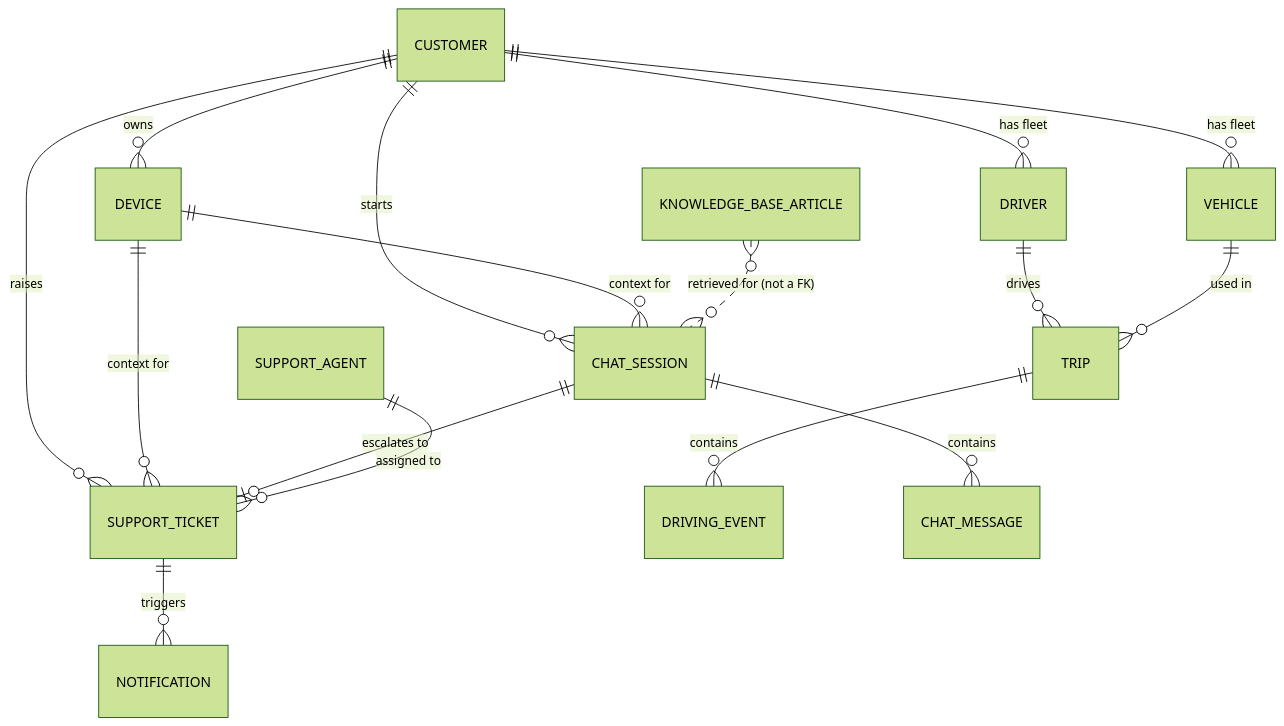
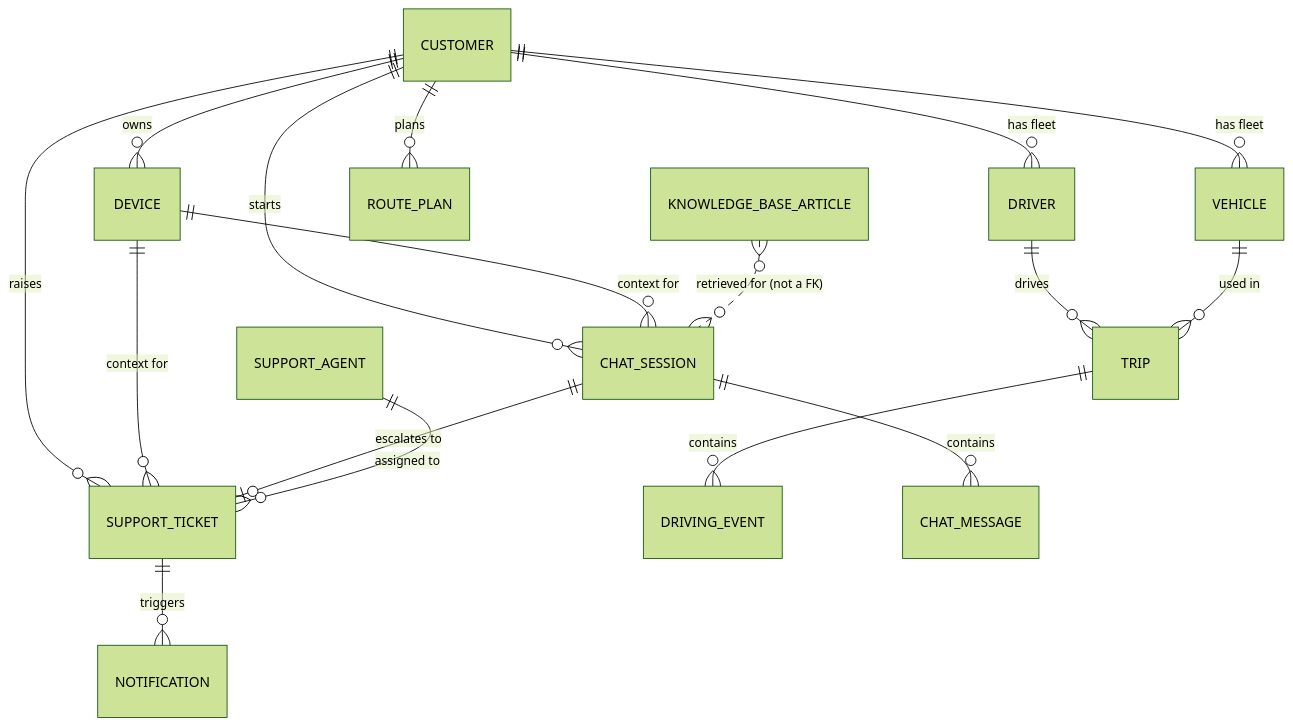
One commit to TABH33/AI-Support-Assistant changed the diagram in docs/DATA_MODEL.md. Above: the diagram before and after it, drawn with Mermaid (forest theme). The commit also changed other lines of this file and 3 other files, not shown here.

````diff
--- a/docs/DATA_MODEL.md
+++ b/docs/DATA_MODEL.md
@@ -10,18 +10,19 @@
 ```mermaid
 erDiagram
     CUSTOMER ||--o{ DEVICE : owns
     CUSTOMER ||--o{ DRIVER : "has fleet"
     CUSTOMER ||--o{ VEHICLE : "has fleet"
     CUSTOMER ||--o{ CHAT_SESSION : starts
     CUSTOMER ||--o{ SUPPORT_TICKET : raises
+    CUSTOMER ||--o{ ROUTE_PLAN : plans
     DEVICE ||--o{ CHAT_SESSION : "context for"
     DEVICE ||--o{ SUPPORT_TICKET : "context for"
     DRIVER ||--o{ TRIP : drives
     VEHICLE ||--o{ TRIP : "used in"
     TRIP ||--o{ DRIVING_EVENT : contains
     CHAT_SESSION ||--o{ CHAT_MESSAGE : contains
     CHAT_SESSION ||--o| SUPPORT_TICKET : "escalates to"
     SUPPORT_AGENT ||--o{ SUPPORT_TICKET : "assigned to"
     SUPPORT_TICKET ||--o{ NOTIFICATION : triggers
     KNOWLEDGE_BASE_ARTICLE }o..o{ CHAT_SESSION : "retrieved for (not a FK)"
 ```
````
